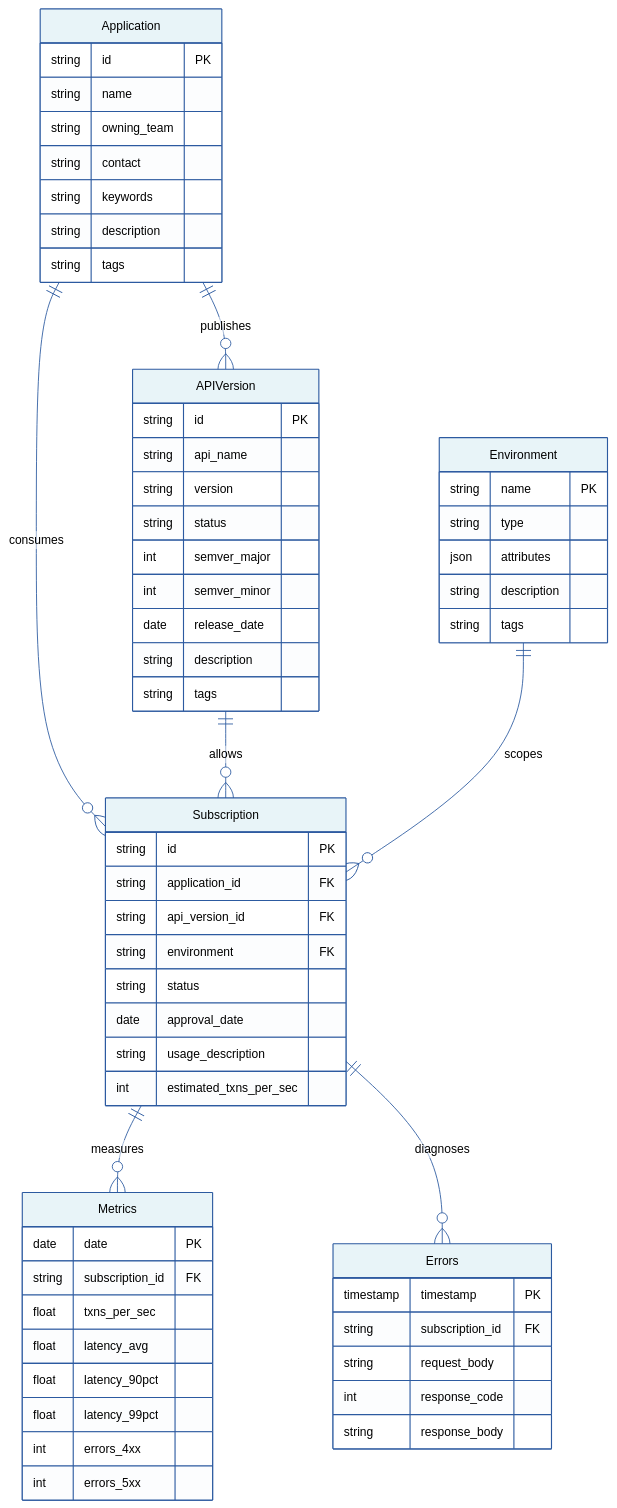
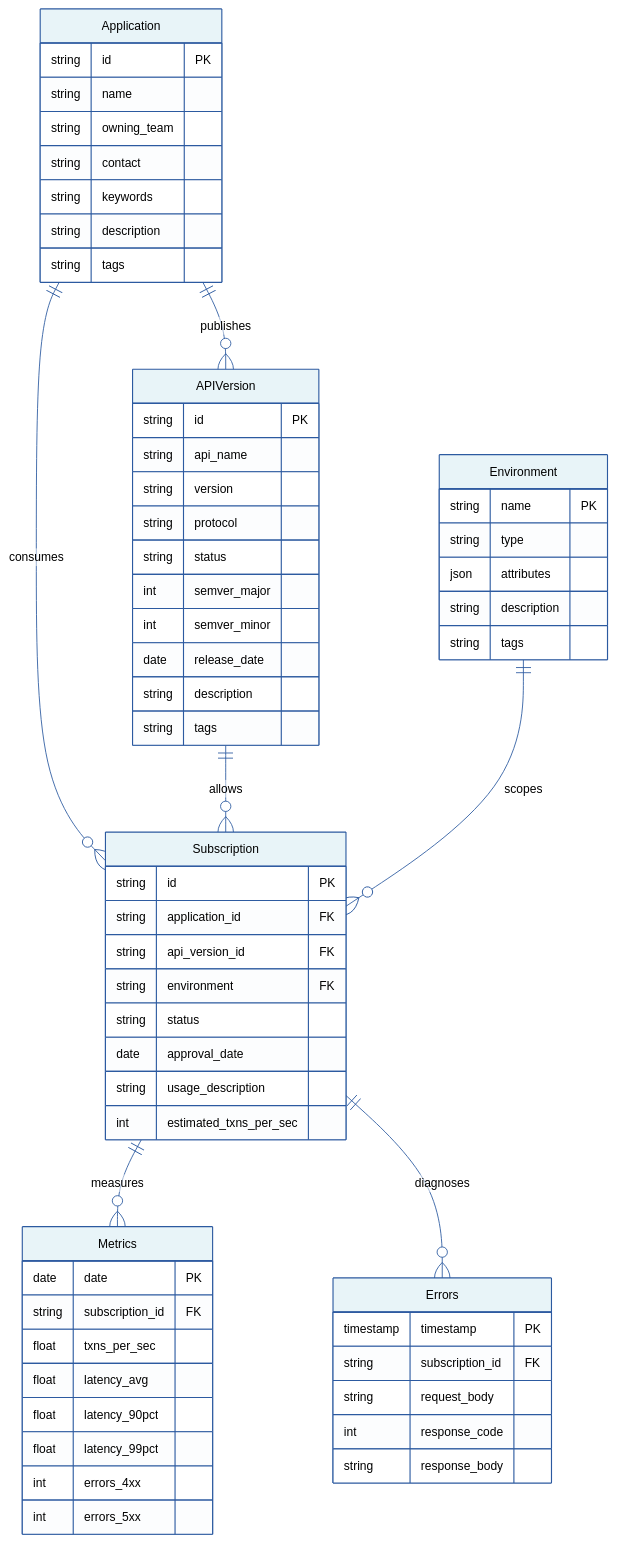
One commit to barbecuesteve/api-governance changed the second of 12 diagrams in technical-design.md. Above: the diagram before and after it, drawn with Mermaid. The commit also changed other lines of this file and 6 other files, not shown here.

Commit message:
Adds AsyncAPI and GraphQL as first class cititzens

```diff
--- a/technical-design.md
+++ b/technical-design.md
@@ -122,70 +149,71 @@
 <pre class="mermaid">
 %%{init: {'theme':'base', 'themeVariables': { 'primaryColor':'#e8f4f8','primaryTextColor':'#000','primaryBorderColor':'#2c5aa0','lineColor':'#2c5aa0','secondaryColor':'#f0f0f0','tertiaryColor':'#fff','edgeLabelBackground':'#ffffff','fontSize':'14px'}}}%%
 erDiagram
     Application ||--o{ Subscription : "consumes"
     APIVersion ||--o{ Subscription : "allows"
     Application ||--o{ APIVersion : "publishes"
     Environment ||--o{ Subscription : "scopes"
     Subscription ||--o{ Metrics : "measures"
     Subscription ||--o{ Errors : "diagnoses"
 
     Application {
         string id PK
         string name
         string owning_team
         string contact
         string keywords
         string description
         string tags
     }
 
     APIVersion {
         string id PK
         string api_name
         string version
+        string protocol
         string status
         int semver_major
         int semver_minor
         date release_date
         string description
         string tags
     }
 
     Environment {
         string name PK
         string type
         json attributes
         string description
         string tags
     }
 
     Subscription {
         string id PK
         string application_id FK
         string api_version_id FK
         string environment FK
         string status
         date approval_date
         string usage_description
         int estimated_txns_per_sec
     }
 
     Metrics {
         date date PK
         string subscription_id FK
         float txns_per_sec
         float latency_avg
         float latency_90pct
         float latency_99pct
         int errors_4xx
         int errors_5xx
     }
 
     Errors {
         timestamp timestamp PK
         string subscription_id FK
         string request_body
         int response_code
         string response_body
     }
 </pre>
```
